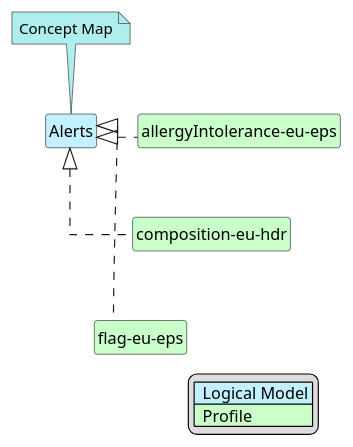
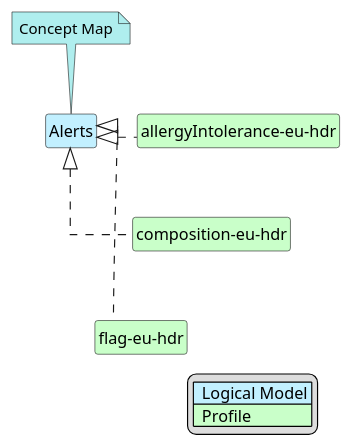
Before and after one commit to hl7-eu/hdr: the diagram in input/images-source/Alerts-map.plantuml, drawn with PlantUML. The commit also changed 353 other files, not shown here.

```diff
--- a/input/images-source/Alerts-map.plantuml
+++ b/input/images-source/Alerts-map.plantuml
@@ -1,27 +1,27 @@
 @startuml
 hide circle
 hide stereotype
 hide members
 hide methods
 skinparam linetype ortho
 skinparam class {
 BackgroundColor<<LogicalModel>> #APPLICATION
 BackgroundColor<<Profile>> #TECHNOLOGY
 }
 legend right
 | <#APPLICATION>  Logical Model |
 | <#TECHNOLOGY>  Profile |
 endlegend
 class "Alerts" <<LogicalModel>> [[StructureDefinition-Alerts.html]]
 note top #PaleTurquoise [[ConceptMap-alerts2FHIR-eu-hdr.html]]
 Concept Map
 endnote
-class "allergyIntolerance-eu-eps" <<Profile>> [[StructureDefinition-allergyIntolerance-eu-eps.html]]
-"Alerts" <|. "allergyIntolerance-eu-eps"
+class "allergyIntolerance-eu-hdr" <<Profile>> [[StructureDefinition-allergyIntolerance-eu-hdr.html]]
+"Alerts" <|. "allergyIntolerance-eu-hdr"
 class "composition-eu-hdr" <<Profile>> [[StructureDefinition-composition-eu-hdr.html]]
 "Alerts" <|. "composition-eu-hdr"
-"allergyIntolerance-eu-eps" -d[hidden]-> "composition-eu-hdr"
-class "flag-eu-eps" <<Profile>> [[StructureDefinition-flag-eu-eps.html]]
-"Alerts" <|. "flag-eu-eps"
-"composition-eu-hdr" -d[hidden]-> "flag-eu-eps"
+"allergyIntolerance-eu-hdr" -d[hidden]-> "composition-eu-hdr"
+class "flag-eu-hdr" <<Profile>> [[StructureDefinition-flag-eu-hdr.html]]
+"Alerts" <|. "flag-eu-hdr"
+"composition-eu-hdr" -d[hidden]-> "flag-eu-hdr"
 @enduml
```
